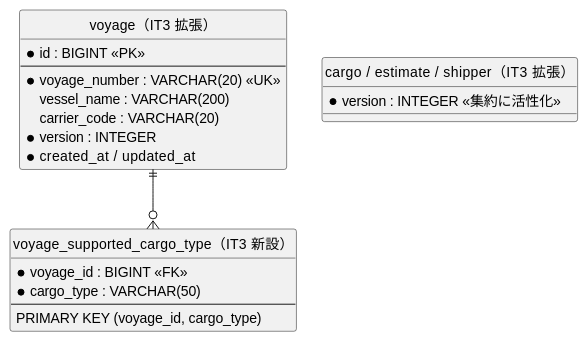
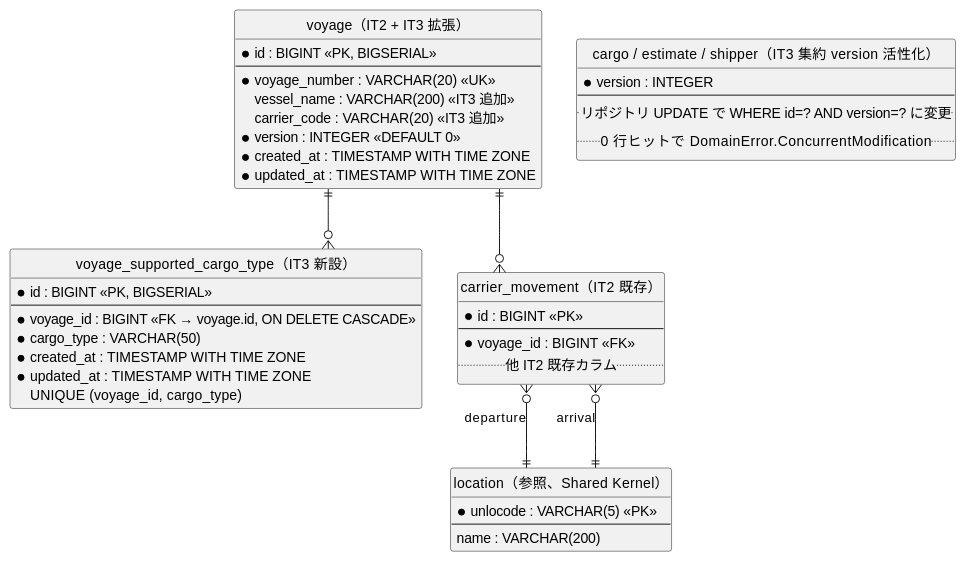
Before and after one commit to k2works/case-study-cargo-tracker: the second of 4 diagrams in docs/development/iteration_plan-3.md, drawn with PlantUML. The commit also changed other lines of this file, not shown here.

````diff
--- a/docs/development/iteration_plan-3.md
+++ b/docs/development/iteration_plan-3.md
@@ -211,29 +335,52 @@
 ```plantuml
 @startuml
 hide circle
 skinparam linetype ortho
 
-entity "voyage（IT3 拡張）" as v {
-  * id : BIGINT <<PK>>
+entity "voyage（IT2 + IT3 拡張）" as v {
+  * id : BIGINT <<PK, BIGSERIAL>>
   --
   * voyage_number : VARCHAR(20) <<UK>>
-  vessel_name : VARCHAR(200)
-  carrier_code : VARCHAR(20)
-  * version : INTEGER
-  * created_at / updated_at
+  vessel_name : VARCHAR(200) <<IT3 追加>>
+  carrier_code : VARCHAR(20) <<IT3 追加>>
+  * version : INTEGER <<DEFAULT 0>>
+  * created_at : TIMESTAMP WITH TIME ZONE
+  * updated_at : TIMESTAMP WITH TIME ZONE
 }
 
 entity "voyage_supported_cargo_type（IT3 新設）" as vsct {
-  * voyage_id : BIGINT <<FK>>
+  * id : BIGINT <<PK, BIGSERIAL>>
+  --
+  * voyage_id : BIGINT <<FK → voyage.id, ON DELETE CASCADE>>
   * cargo_type : VARCHAR(50)
-  --
-  PRIMARY KEY (voyage_id, cargo_type)
+  * created_at : TIMESTAMP WITH TIME ZONE
+  * updated_at : TIMESTAMP WITH TIME ZONE
+  UNIQUE (voyage_id, cargo_type)
 }
 
-entity "cargo / estimate / shipper（IT3 拡張）" as agg {
-  * version : INTEGER <<集約に活性化>>
+entity "carrier_movement（IT2 既存）" as cm {
+  * id : BIGINT <<PK>>
+  --
+  * voyage_id : BIGINT <<FK>>
+  .. 他 IT2 既存カラム ..
+}
+
+entity "cargo / estimate / shipper（IT3 集約 version 活性化）" as agg {
+  * version : INTEGER
+  --
+  .. リポジトリ UPDATE で WHERE id=? AND version=? に変更 ..
+  .. 0 行ヒットで DomainError.ConcurrentModification ..
+}
+
+entity "location（参照、Shared Kernel）" as loc {
+  * unlocode : VARCHAR(5) <<PK>>
+  --
+  name : VARCHAR(200)
 }
 
 v ||--o{ vsct
+v ||--o{ cm
+cm }o--|| loc : departure
+cm }o--|| loc : arrival
 @enduml
 ```
````
